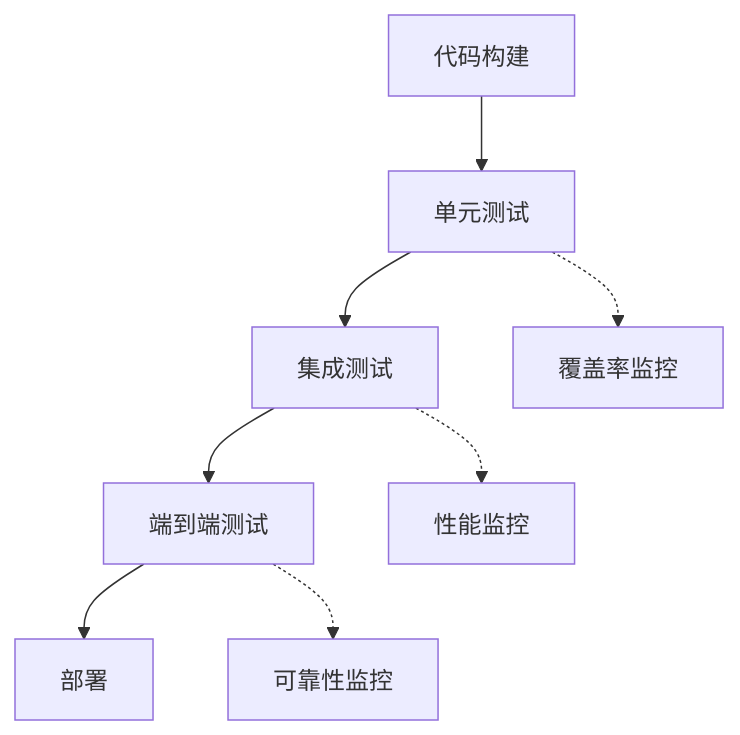
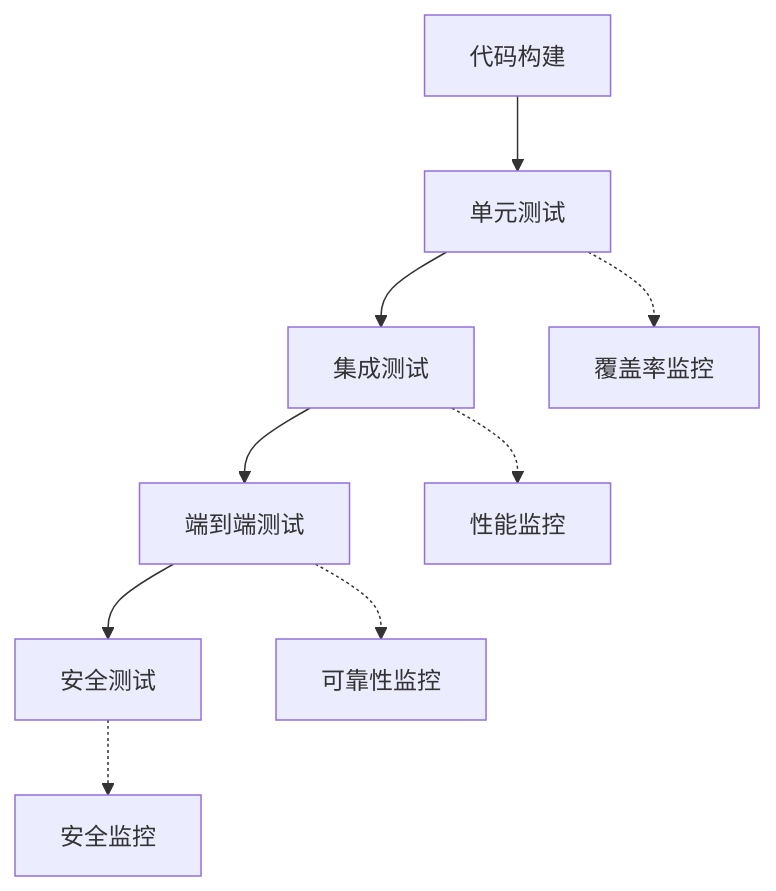
Before and after one commit to QoderZcy/zcyTest2: diagram 14 of 14 in .qoder/repowiki/zh/content/测试策略.md, drawn with Mermaid. The commit also changed other lines of this file and 9 other files, not shown here.

````diff
--- a/.qoder/repowiki/zh/content/测试策略.md
+++ b/.qoder/repowiki/zh/content/测试策略.md
@@ -579,10 +837,11 @@
 ```mermaid
 flowchart TD
 Build["代码构建"] --> UnitTest["单元测试"]
 UnitTest --> IntegrationTest["集成测试"]
 IntegrationTest --> E2ETest["端到端测试"]
-E2ETest --> Deploy["部署"]
+E2ETest --> SecurityTest["安全测试"]
 UnitTest -.-> Coverage["覆盖率监控"]
 IntegrationTest -.-> Performance["性能监控"]
 E2ETest -.-> Reliability["可靠性监控"]
+SecurityTest -.-> Security["安全监控"]
 ```
````
